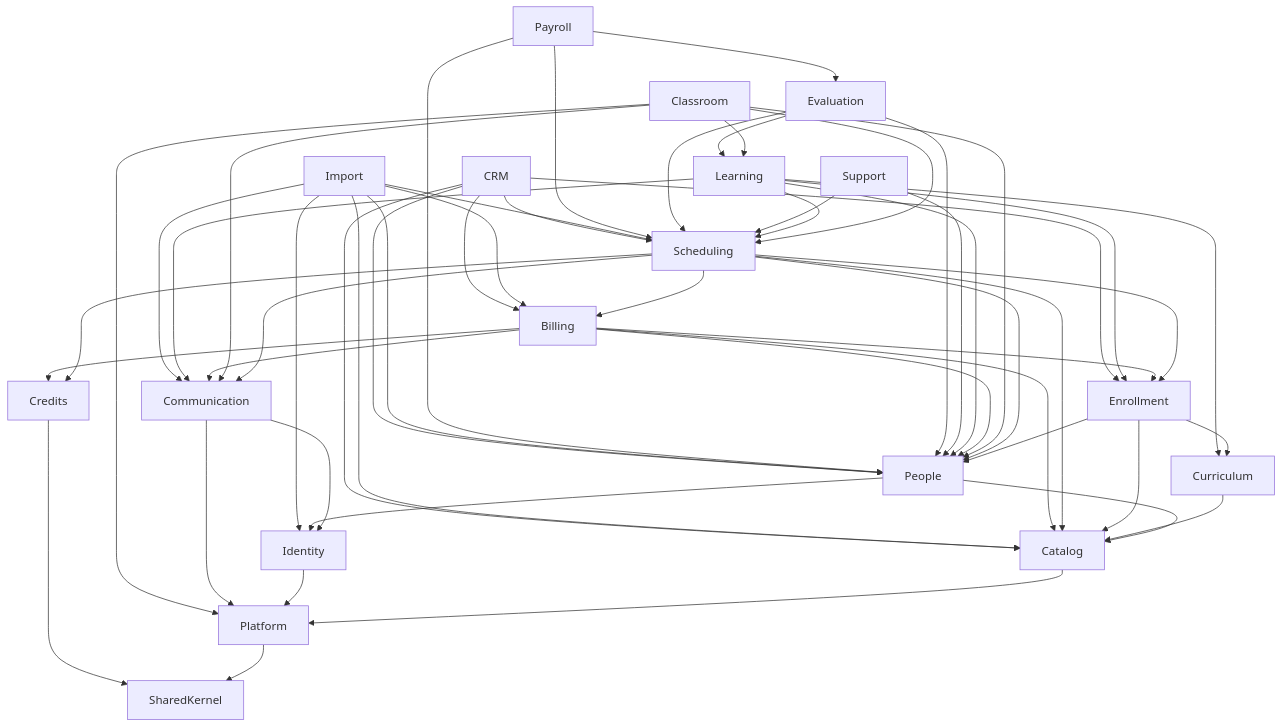
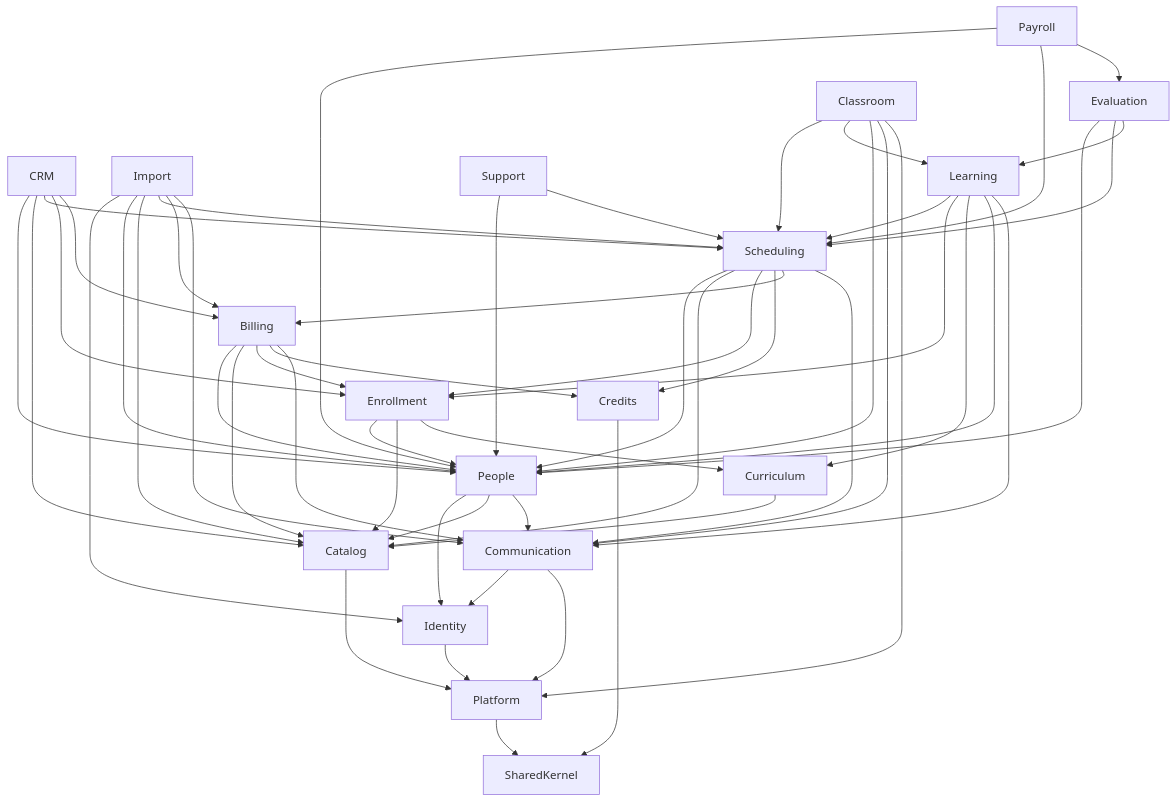
The diagram in docs/architecture/04-design-patterns.md (Mahmoud-Elgonidi/academy-lms), drawn with Mermaid before and after one commit. The commit also changed other lines of this file and 116 other files, not shown here.

````diff
--- a/docs/architecture/04-design-patterns.md
+++ b/docs/architecture/04-design-patterns.md
@@ -49,20 +49,20 @@
 ```mermaid
 flowchart TD
     CRM --> People & Catalog & Scheduling & Enrollment & Billing
     Import --> Identity & People & Catalog & Scheduling & Billing & Communication
     Payroll --> People & Scheduling & Evaluation
     Evaluation --> People & Scheduling & Learning
     Support --> People & Scheduling
     Learning --> Scheduling & Enrollment & Curriculum & People & Communication
     Billing --> People & Catalog & Enrollment & Credits & Communication
     Classroom --> Scheduling & Learning & People & Communication & Platform
     Scheduling --> People & Catalog & Enrollment & Credits & Billing & Communication
     Enrollment --> People & Catalog & Curriculum
     Curriculum --> Catalog
-    People --> Identity & Catalog
+    People --> Identity & Catalog & Communication
     Communication --> Identity & Platform
     Identity --> Platform
     Catalog --> Platform
     Credits --> SharedKernel
     Platform --> SharedKernel
 ```
````
